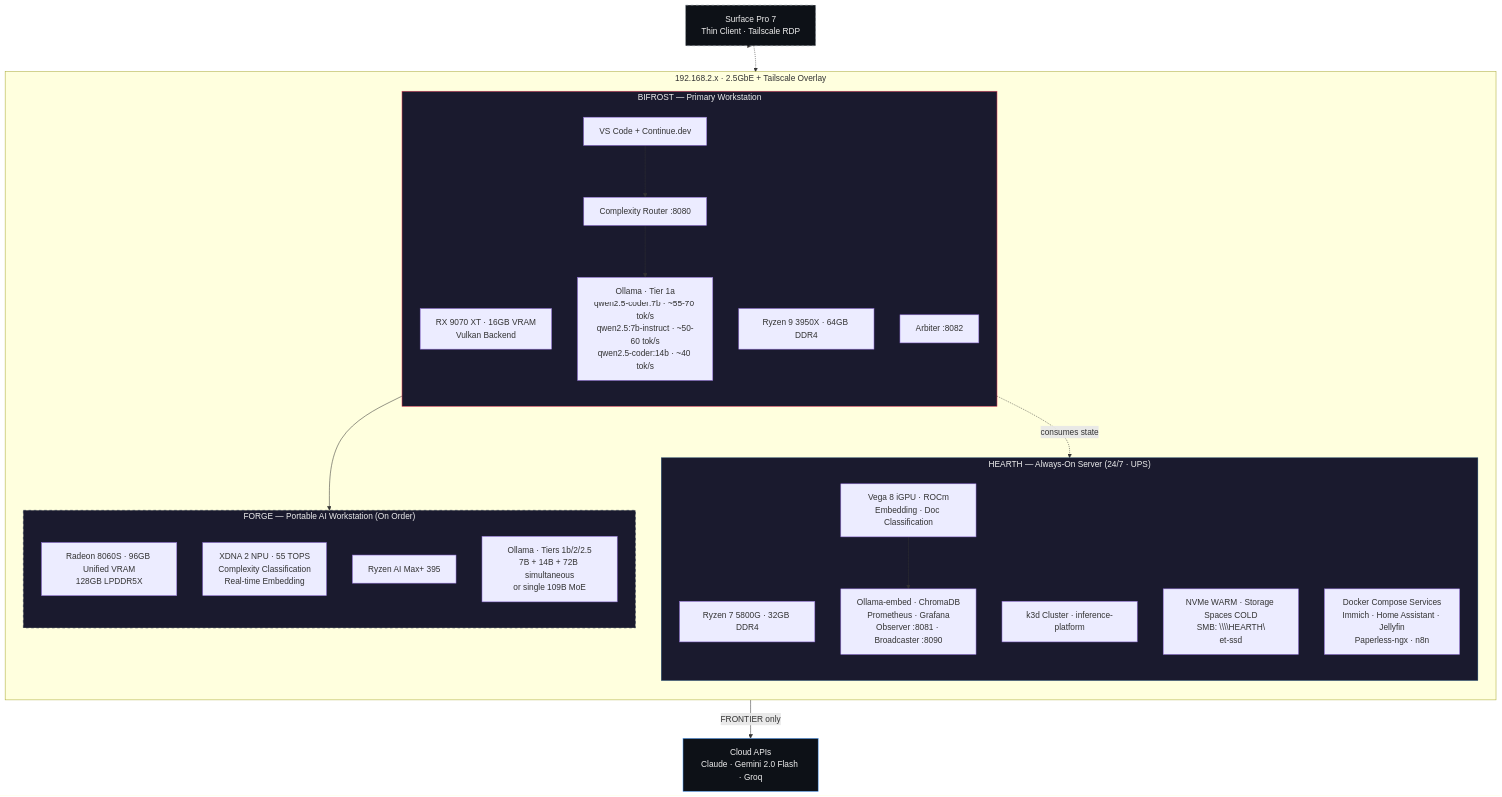
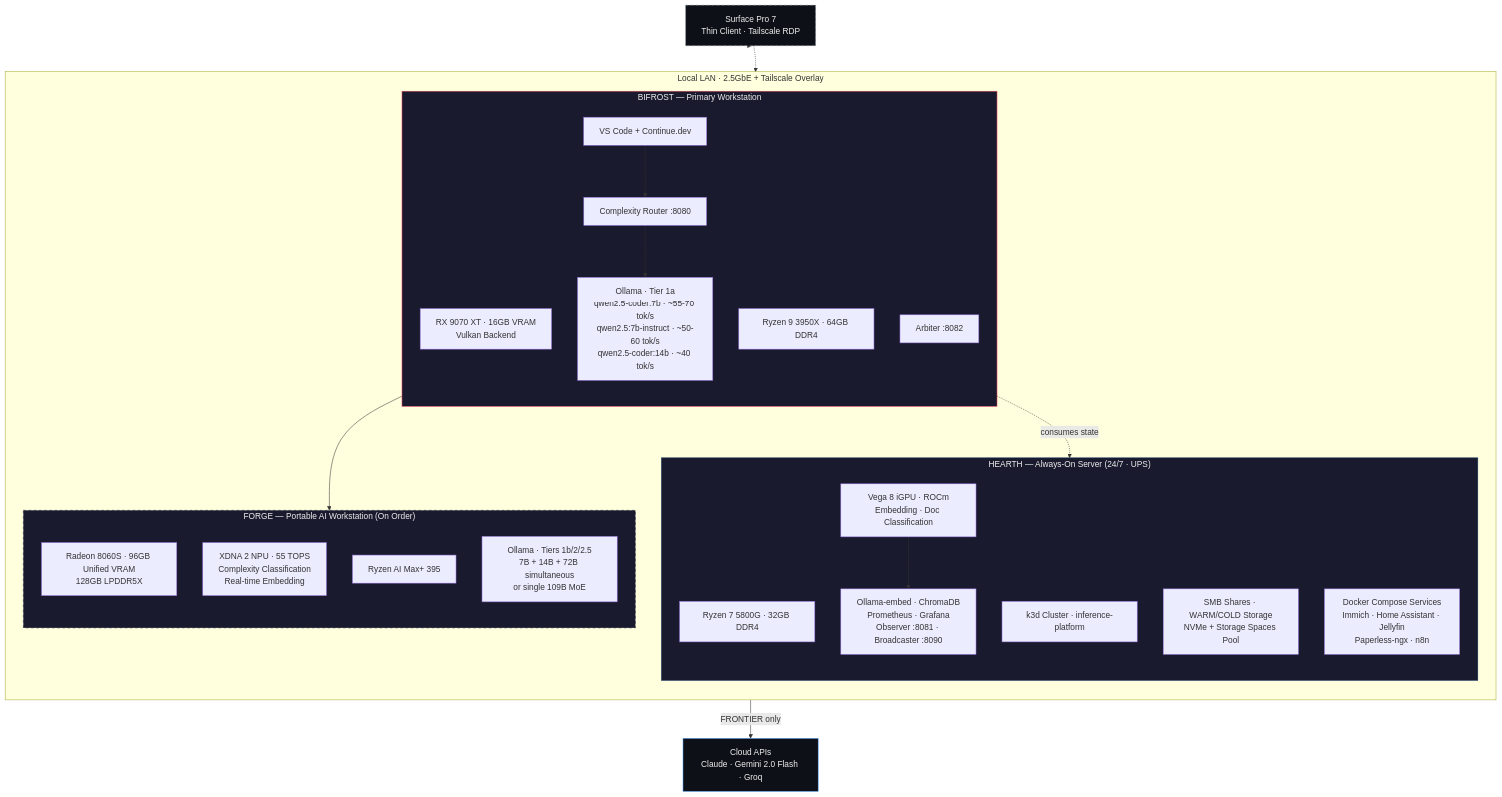
One commit to jhpritch-dev/bifrost-platform changed the first of 5 diagrams in README.md. Above: the diagram before and after it, drawn with Mermaid. The commit also changed other lines of this file, not shown here.

Commit message:
docs: sanitized README with AT&T validation reference and architecture diagrams

````diff
--- a/README.md
+++ b/README.md
@@ -13,52 +21,52 @@
 ```mermaid
 graph TB
-    subgraph BIFROST_NET["192.168.2.x · 2.5GbE + Tailscale Overlay"]
+    subgraph BIFROST_NET["Local LAN · 2.5GbE + Tailscale Overlay"]
         direction TB
 
         subgraph BIF["BIFROST — Primary Workstation"]
             direction TB
             BIF_GPU["RX 9070 XT · 16GB VRAM\nVulkan Backend"]
             BIF_CPU["Ryzen 9 3950X · 64GB DDR4"]
             BIF_OLLAMA["Ollama · Tier 1a\nqwen2.5-coder:7b · ~55-70 tok/s\nqwen2.5:7b-instruct · ~50-60 tok/s\nqwen2.5-coder:14b · ~40 tok/s"]
             BIF_ROUTER["Complexity Router :8080"]
             BIF_ARBITER["Arbiter :8082"]
             BIF_IDE["VS Code + Continue.dev"]
         end
 
         subgraph HEARTH["HEARTH — Always-On Server (24/7 · UPS)"]
             direction TB
             H_CPU["Ryzen 7 5800G · 32GB DDR4"]
             H_IGPU["Vega 8 iGPU · ROCm\nEmbedding · Doc Classification"]
             H_K3D["k3d Cluster · inference-platform"]
             H_SERVICES["Ollama-embed · ChromaDB\nPrometheus · Grafana\nObserver :8081 · Broadcaster :8090"]
-            H_STORAGE["NVMe WARM · Storage Spaces COLD\nSMB: \\\\HEARTH\\net-ssd"]
+            H_STORAGE["SMB Shares · WARM/COLD Storage\nNVMe + Storage Spaces Pool"]
             H_DOCKER["Docker Compose Services\nImmich · Home Assistant · Jellyfin\nPaperless-ngx · n8n"]
         end
 
         subgraph FORGE["FORGE — Portable AI Workstation (On Order)"]
             direction TB
             F_GPU["Radeon 8060S · 96GB Unified VRAM\n128GB LPDDR5X"]
             F_NPU["XDNA 2 NPU · 55 TOPS\nComplexity Classification\nReal-time Embedding"]
             F_CPU["Ryzen AI Max+ 395"]
             F_OLLAMA["Ollama · Tiers 1b/2/2.5\n7B + 14B + 72B simultaneous\nor single 109B MoE"]
         end
     end
 
     BIF_IDE --> BIF_ROUTER
     BIF_ROUTER --> BIF_OLLAMA
     BIF_ROUTER --> F_OLLAMA
     BIF_ROUTER -->|"FRONTIER only"| CLOUD
     BIF_ARBITER -.->|consumes state| H_SERVICES
     H_IGPU --> H_SERVICES
 
     CLOUD["Cloud APIs\nClaude · Gemini 2.0 Flash · Groq"]
 
     SURFACE["Surface Pro 7\nThin Client · Tailscale RDP"] -.-> BIF
     SURFACE -.-> FORGE
 
     style BIF fill:#1a1a2e,stroke:#e94560,color:#eee
     style HEARTH fill:#1a1a2e,stroke:#0f3460,color:#eee
     style FORGE fill:#1a1a2e,stroke:#16213e,color:#eee,stroke-dasharray: 5 5
     style CLOUD fill:#0d1117,stroke:#58a6ff,color:#eee
     style SURFACE fill:#0d1117,stroke:#8b949e,color:#eee,stroke-dasharray: 5 5
 ```
````
